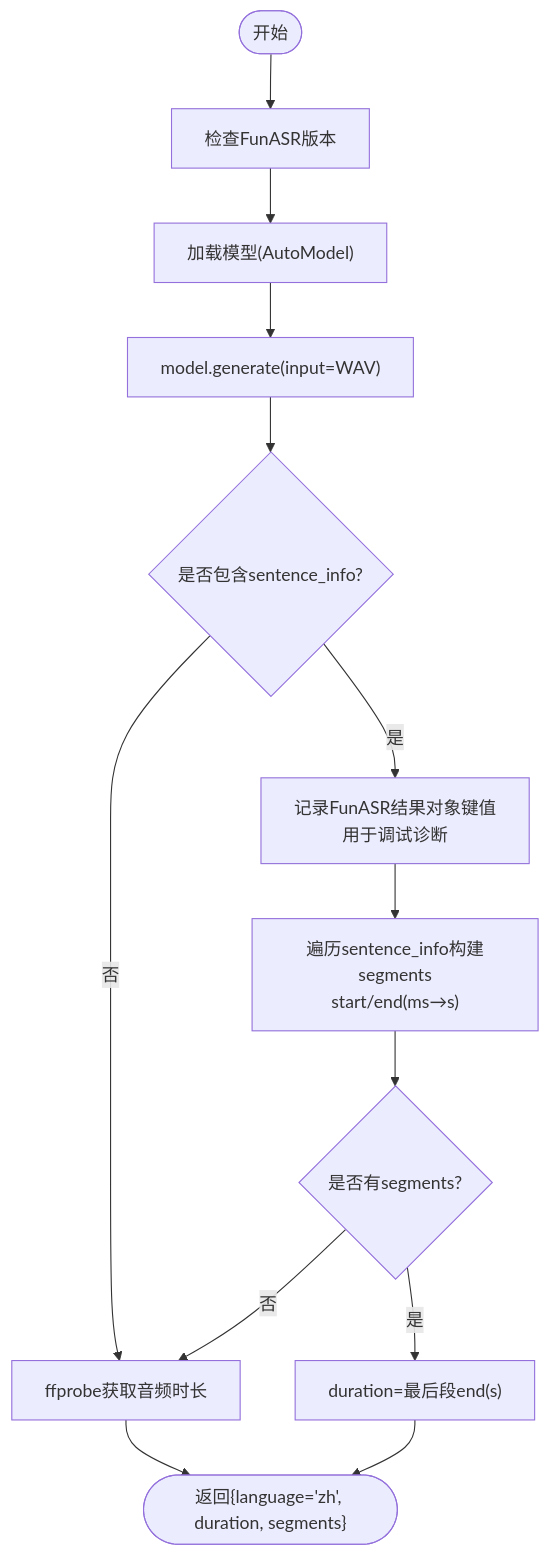
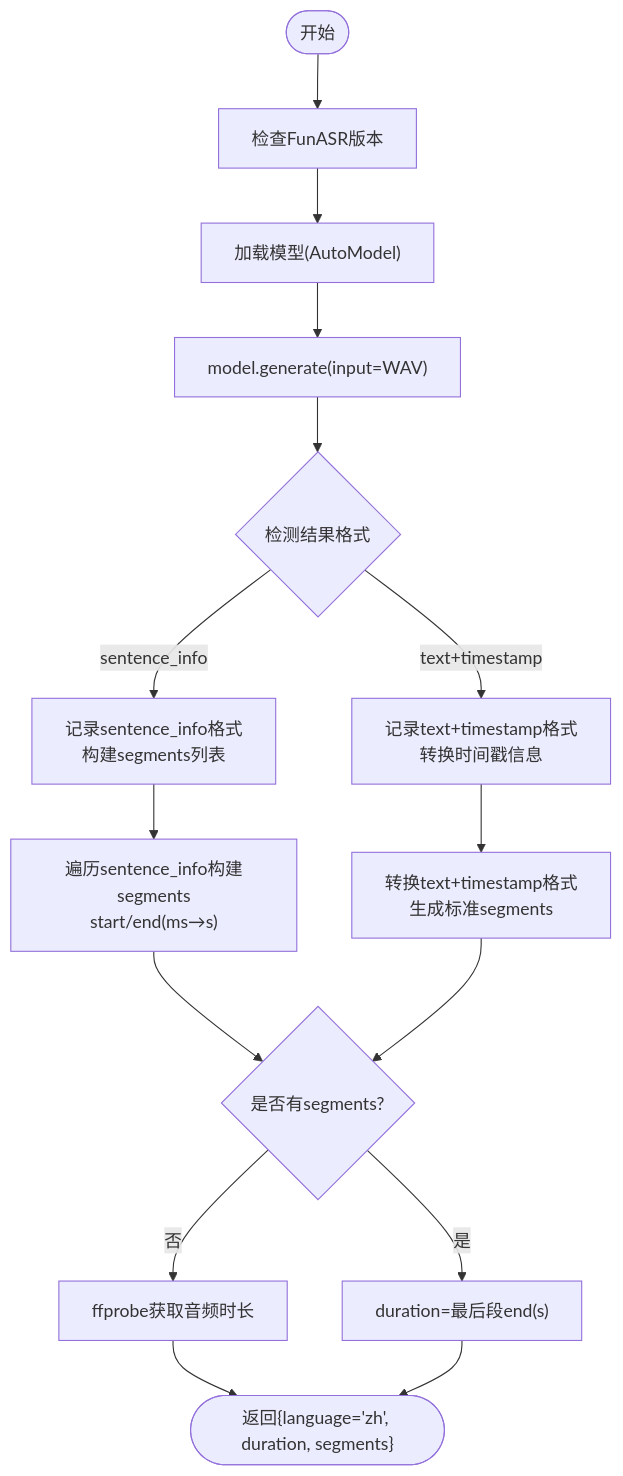
One commit to boyingliu01/VideoSplitter changed the fourth of 6 diagrams in .qoder/repowiki/zh/content/语音识别引擎/FunASR集成.md. Above: the diagram before and after it, drawn with Mermaid. The commit also changed other lines of this file and 59 other files, not shown here.

````diff
--- a/.qoder/repowiki/zh/content/语音识别引擎/FunASR集成.md
+++ b/.qoder/repowiki/zh/content/语音识别引擎/FunASR集成.md
@@ -178,15 +178,17 @@
 ```mermaid
 flowchart TD
 Start(["开始"]) --> CheckVersion["检查FunASR版本"]
 CheckVersion --> LoadModel["加载模型(AutoModel)"]
 LoadModel --> Generate["model.generate(input=WAV)"]
-Generate --> Parse{"是否包含sentence_info?"}
-Parse --> |是| LogResult["记录FunASR结果对象键值<br/>用于调试诊断"]
-LogResult --> BuildSegs["遍历sentence_info构建segments<br/>start/end(ms→s)"]
-Parse --> |否| FallbackDur["ffprobe获取音频时长"]
+Generate --> Parse{"检测结果格式"}
+Parse --> |sentence_info| LogFormat["记录sentence_info格式<br/>构建segments列表"]
+Parse --> |text+timestamp| LogAlt["记录text+timestamp格式<br/>转换时间戳信息"]
+LogFormat --> BuildSegs["遍历sentence_info构建segments<br/>start/end(ms→s)"]
+LogAlt --> ConvertTS["转换text+timestamp格式<br/>生成标准segments"]
 BuildSegs --> LastEnd{"是否有segments?"}
+ConvertTS --> LastEnd
 LastEnd --> |是| UseLast["duration=最后段end(s)"]
-LastEnd --> |否| FallbackDur
+LastEnd --> |否| FallbackDur["ffprobe获取音频时长"]
 FallbackDur --> Done(["返回{language='zh', duration, segments}"])
 UseLast --> Done
 ```
````
